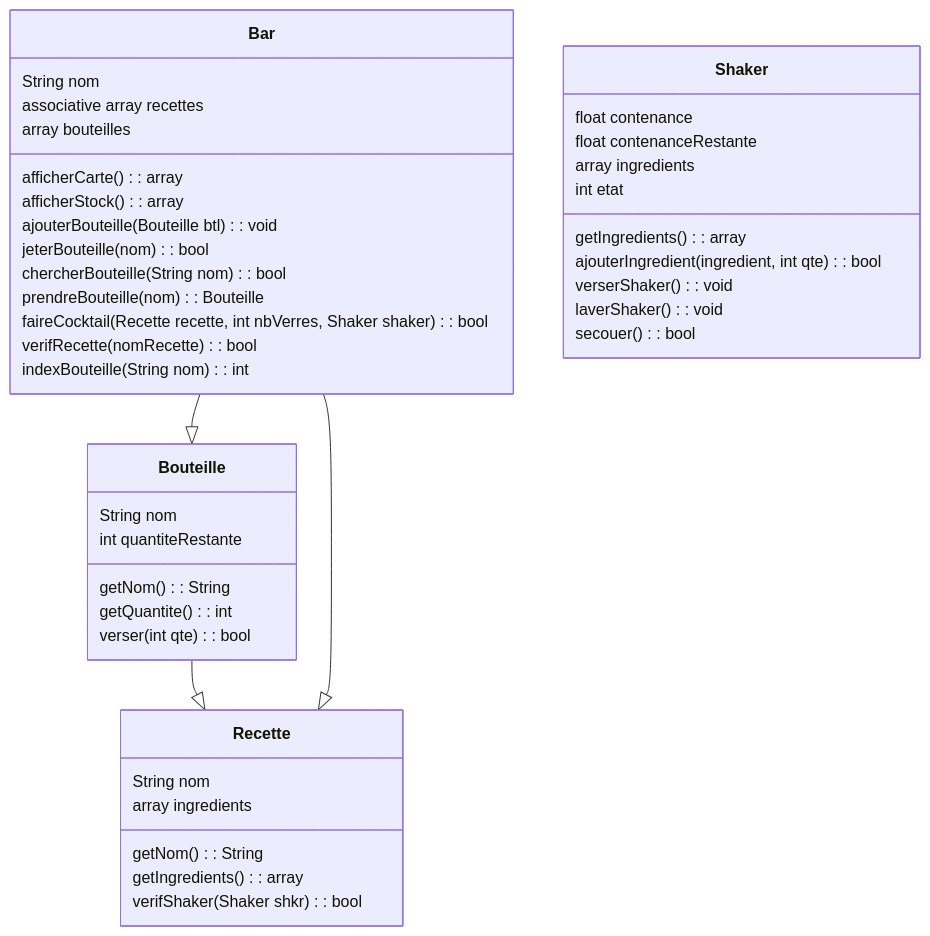
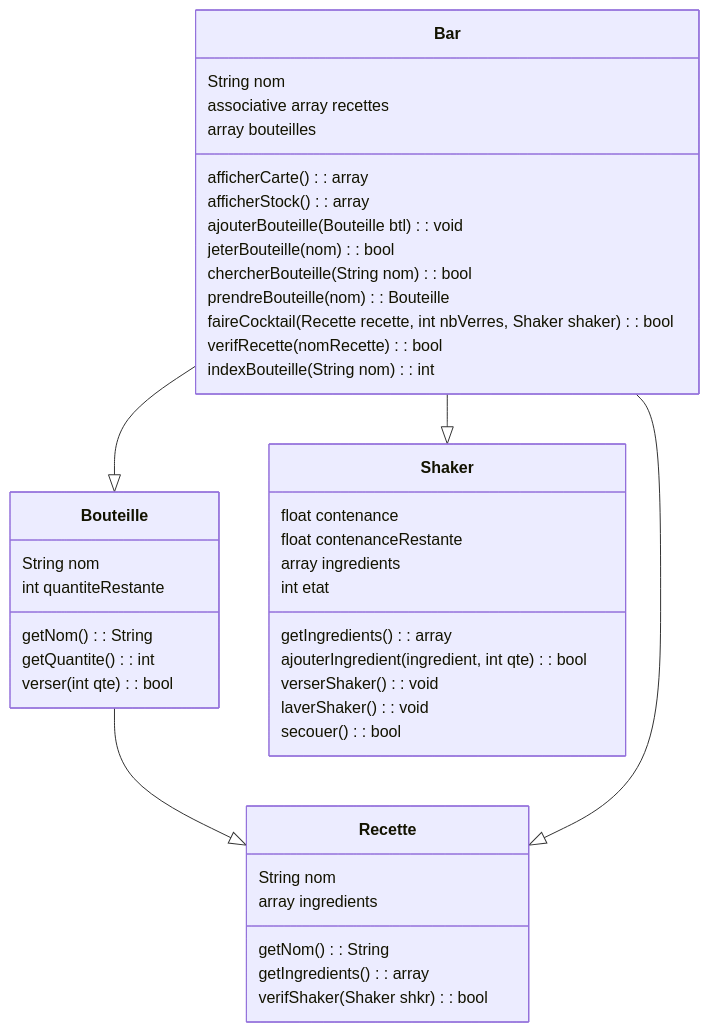
One commit to MogwaiRGod/BeBar changed the second of 2 diagrams in README.md. Above: the diagram before and after it, drawn with Mermaid.

Commit message:
classes readme

````diff
--- a/README.md
+++ b/README.md
@@ -33,45 +33,46 @@
 ```mermaid
 classDiagram
     Bouteille --|> Recette
     Bar --|> Bouteille
     Bar --|> Recette
+    Bar --|> Shaker
     class Bar {
         String nom
         associative array recettes
         array bouteilles
         afficherCarte() : array
         afficherStock() : array
         ajouterBouteille(Bouteille btl) : void
         jeterBouteille(nom) : bool
         chercherBouteille(String nom) : bool
         prendreBouteille(nom) : Bouteille
         faireCocktail(Recette recette, int nbVerres, Shaker shaker) : bool
         verifRecette(nomRecette) : bool
         indexBouteille(String nom) : int
     }
     class Bouteille {
         String nom
         int quantiteRestante
         getNom() : String
         getQuantite() : int
         verser(int qte) : bool
     }
     class Recette {
         String nom
         array ingredients
         getNom() : String
         getIngredients() : array
         verifShaker(Shaker shkr) : bool
     }
     class Shaker {
         float contenance
         float contenanceRestante
         array ingredients
         int etat
         getIngredients() : array
         ajouterIngredient(ingredient, int qte) : bool
         verserShaker() : void
         laverShaker() : void
         secouer() : bool
     }
 ```
````
